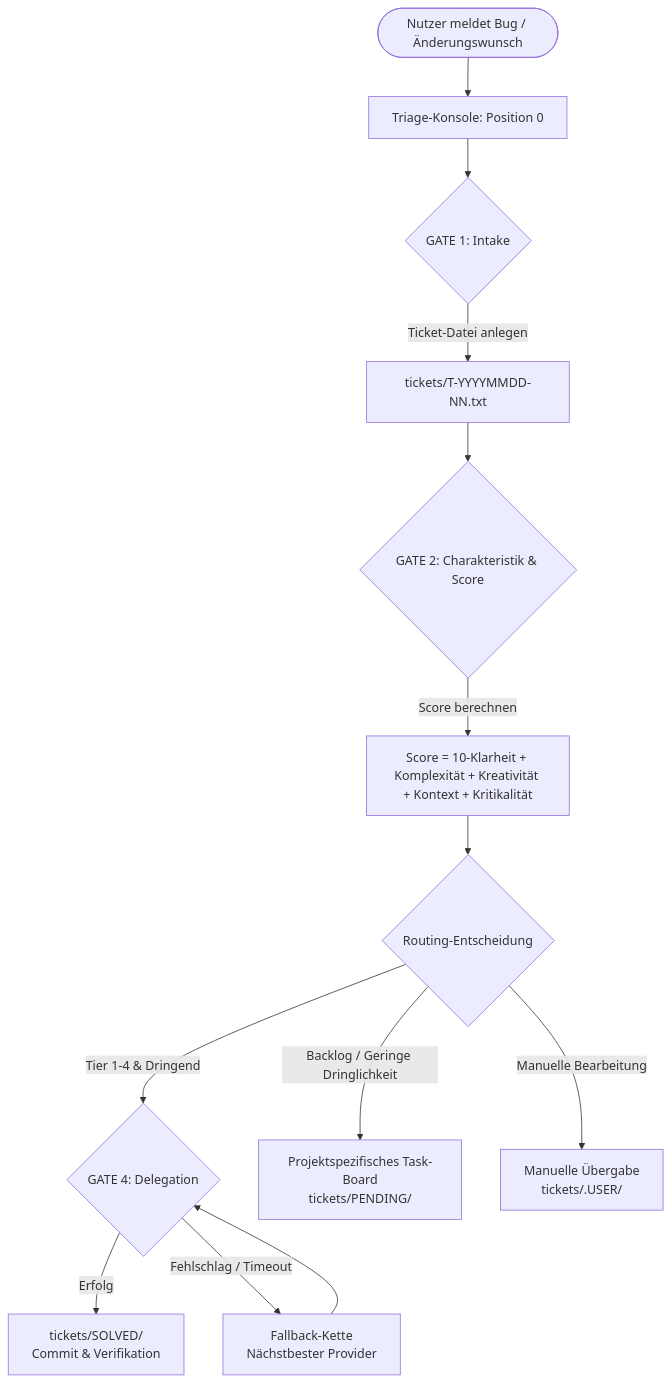
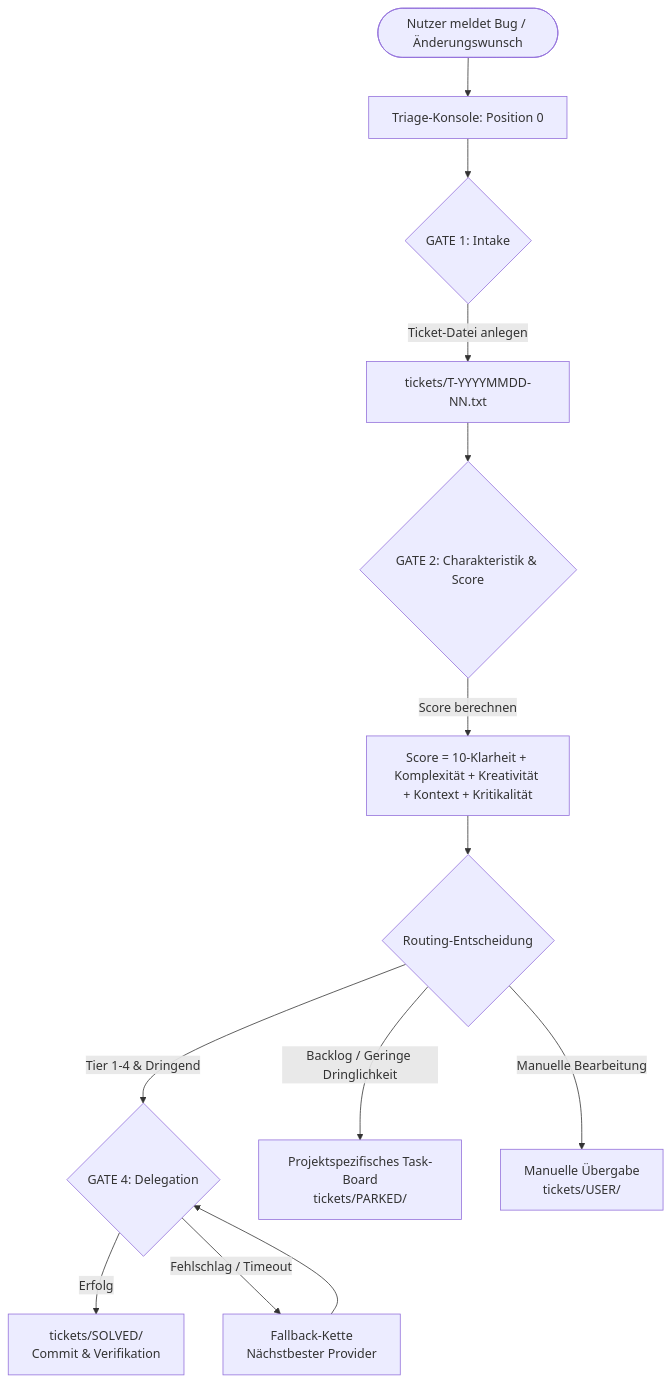
Before and after one commit to dev-bricks/ticket-master: the diagram in README_de.md, drawn with Mermaid. The commit also changed other lines of this file and 18 other files, not shown here.

````diff
--- a/README_de.md
+++ b/README_de.md
@@ -58,17 +58,17 @@
 ```mermaid
 graph TD
     User([Nutzer meldet Bug / Änderungswunsch]) --> Position0[Triage-Konsole: Position 0]
     Position0 --> GATE1{GATE 1: Intake}
     GATE1 -->|Ticket-Datei anlegen| TxtFile[tickets/T-YYYYMMDD-NN.txt]
     TxtFile --> GATE2{GATE 2: Charakteristik & Score}
     GATE2 -->|Score berechnen| Score[Score = 10-Klarheit + Komplexität + Kreativität + Kontext + Kritikalität]
     Score --> Router{Routing-Entscheidung}
     
     Router -->|Tier 1-4 & Dringend| GATE4{GATE 4: Delegation}
-    Router -->|Backlog / Geringe Dringlichkeit| TaskDB[Projektspezifisches Task-Board<br>tickets/PENDING/]
-    Router -->|Manuelle Bearbeitung| UserHandoff[Manuelle Übergabe<br>tickets/.USER/]
+    Router -->|Backlog / Geringe Dringlichkeit| TaskDB[Projektspezifisches Task-Board<br>tickets/PARKED/]
+    Router -->|Manuelle Bearbeitung| UserHandoff[Manuelle Übergabe<br>tickets/USER/]
     
     GATE4 -->|Erfolg| Solved[tickets/SOLVED/<br>Commit & Verifikation]
     GATE4 -->|Fehlschlag / Timeout| Fallback[Fallback-Kette<br>Nächstbester Provider]
     Fallback --> GATE4
 ```
````
